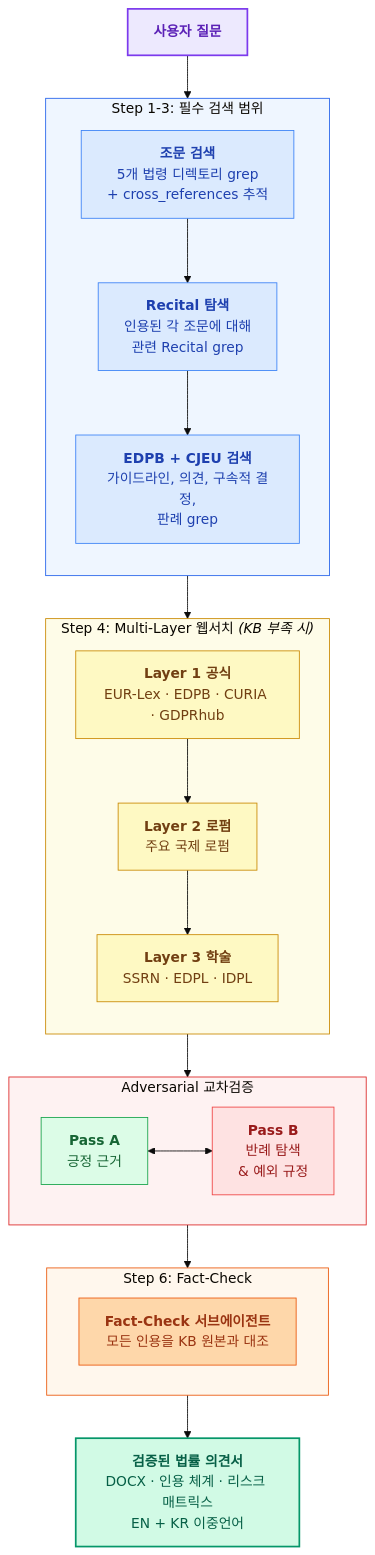
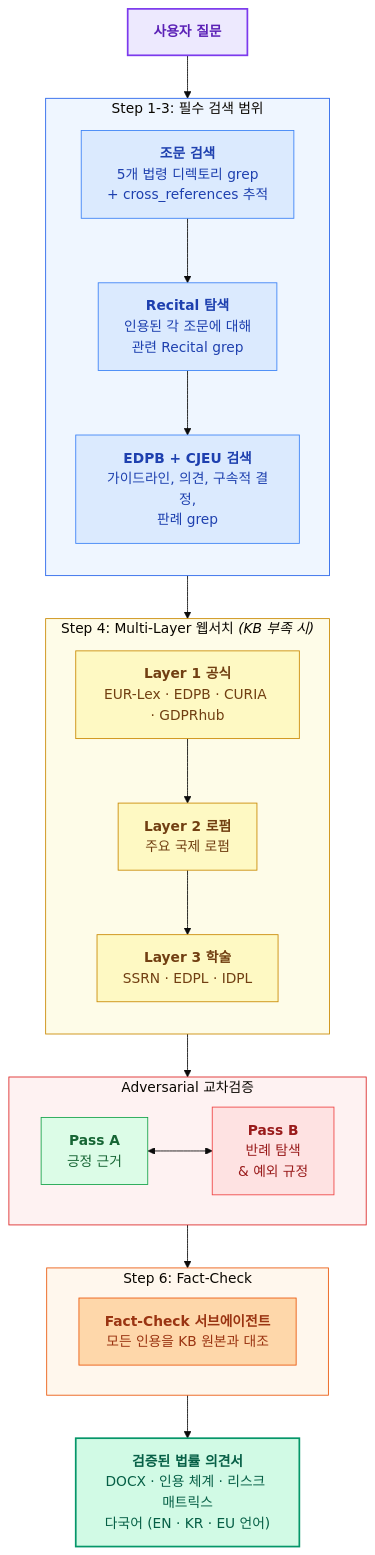
Before and after one commit to lowtidebuild/GDPR-expert: the third of 3 diagrams in README.ko.md, drawn with Mermaid (base theme). The commit also changed other lines of this file and 60 other files, not shown here.

````diff
--- a/README.ko.md
+++ b/README.ko.md
@@ -271,55 +271,55 @@
 ```mermaid
 flowchart TD
     Q["<b>사용자 질문</b>"]
 
     subgraph kb["Step 1-3: 필수 검색 범위"]
         direction TB
         S1["<b>조문 검색</b><br/>5개 법령 디렉토리 grep<br/>+ cross_references 추적"]
         S2["<b>Recital 탐색</b><br/>인용된 각 조문에 대해<br/>관련 Recital grep"]
         S3["<b>EDPB + CJEU 검색</b><br/>가이드라인, 의견, 구속적 결정,<br/>판례 grep"]
         S1 --> S2 --> S3
     end
 
     subgraph web["Step 4: Multi-Layer 웹서치 <i>(KB 부족 시)</i>"]
         direction TB
         L1["<b>Layer 1 공식</b><br/>EUR-Lex · EDPB · CURIA · GDPRhub"]
         L2["<b>Layer 2 로펌</b><br/>주요 국제 로펌"]
         L3["<b>Layer 3 학술</b><br/>SSRN · EDPL · IDPL"]
         L1 --> L2 --> L3
     end
 
     subgraph verify["Adversarial 교차검증"]
         direction LR
         PA["<b>Pass A</b><br/>긍정 근거"]
         PB["<b>Pass B</b><br/>반례 탐색<br/>& 예외 규정"]
         PA <--> PB
     end
 
     subgraph fc["Step 6: Fact-Check"]
         FC["<b>Fact-Check 서브에이전트</b><br/>모든 인용을 KB 원본과 대조"]
     end
 
-    O["<b>검증된 법률 의견서</b><br/>DOCX · 인용 체계 · 리스크 매트릭스<br/>EN + KR 이중언어"]
+    O["<b>검증된 법률 의견서</b><br/>DOCX · 인용 체계 · 리스크 매트릭스<br/>다국어 (EN · KR · EU 언어)"]
 
     Q --> kb
     kb --> web
     web --> verify
     verify --> fc
     fc --> O
 
     style Q fill:#ede9fe,stroke:#7c3aed,stroke-width:2px,color:#5b21b6
     style kb fill:#eff6ff,stroke:#2563eb,stroke-width:1px
     style web fill:#fefce8,stroke:#ca8a04,stroke-width:1px
     style verify fill:#fef2f2,stroke:#dc2626,stroke-width:1px
     style fc fill:#fff7ed,stroke:#ea580c,stroke-width:1px
     style FC fill:#fed7aa,stroke:#ea580c,color:#9a3412
     style O fill:#d1fae5,stroke:#059669,stroke-width:2px,color:#065f46
     style S1 fill:#dbeafe,stroke:#3b82f6,color:#1e40af
     style S2 fill:#dbeafe,stroke:#3b82f6,color:#1e40af
     style S3 fill:#dbeafe,stroke:#3b82f6,color:#1e40af
     style L1 fill:#fef9c3,stroke:#ca8a04,color:#713f12
     style L2 fill:#fef9c3,stroke:#ca8a04,color:#713f12
     style L3 fill:#fef9c3,stroke:#ca8a04,color:#713f12
     style PA fill:#dcfce7,stroke:#16a34a,color:#166534
     style PB fill:#fee2e2,stroke:#ef4444,color:#991b1b
 ```
````
